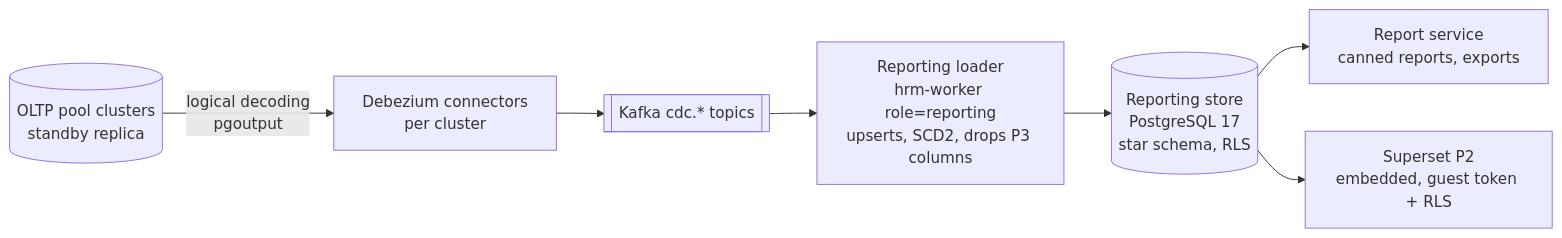
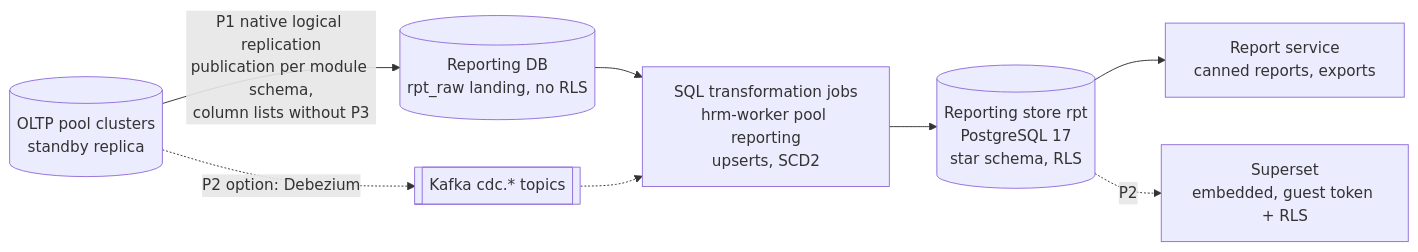
One commit to triluu-gms/YourHRM changed diagram 11 of 12 in docs/02-architecture/architecture-overview.md. Above: the diagram before and after it, drawn with Mermaid. The commit also changed other lines of this file and 30 other files, not shown here.

First line of the commit message:
Apply round 2 decisions across BRDs, gap analysis and architecture

````diff
--- a/docs/02-architecture/architecture-overview.md
+++ b/docs/02-architecture/architecture-overview.md
@@ -793,9 +829,9 @@
 ```mermaid
 flowchart LR
-  OLTP[(OLTP pool clusters<br/>standby replica)] -- logical decoding<br/>pgoutput --> DBZ[Debezium connectors<br/>per cluster]
-  DBZ --> K[[Kafka cdc.* topics]]
-  K --> T[Reporting loader<br/>hrm-worker role=reporting<br/>upserts, SCD2, drops P3 columns]
-  T --> RS[(Reporting store<br/>PostgreSQL 17<br/>star schema, RLS)]
+  OLTP[(OLTP pool clusters<br/>standby replica)] -- P1 native logical replication<br/>publication per module schema,<br/>column lists without P3 --> RAW[(Reporting DB<br/>rpt_raw landing, no RLS)]
+  RAW --> T[SQL transformation jobs<br/>hrm-worker pool reporting<br/>upserts, SCD2]
+  T --> RS[(Reporting store rpt<br/>PostgreSQL 17<br/>star schema, RLS)]
+  OLTP -. P2 option: Debezium .-> K[[Kafka cdc.* topics]] -.-> T
   RS --> API[Report service<br/>canned reports, exports]
-  RS --> SS[Superset P2<br/>embedded, guest token + RLS]
+  RS -. P2 .-> SS[Superset<br/>embedded, guest token + RLS]
 ```
````
